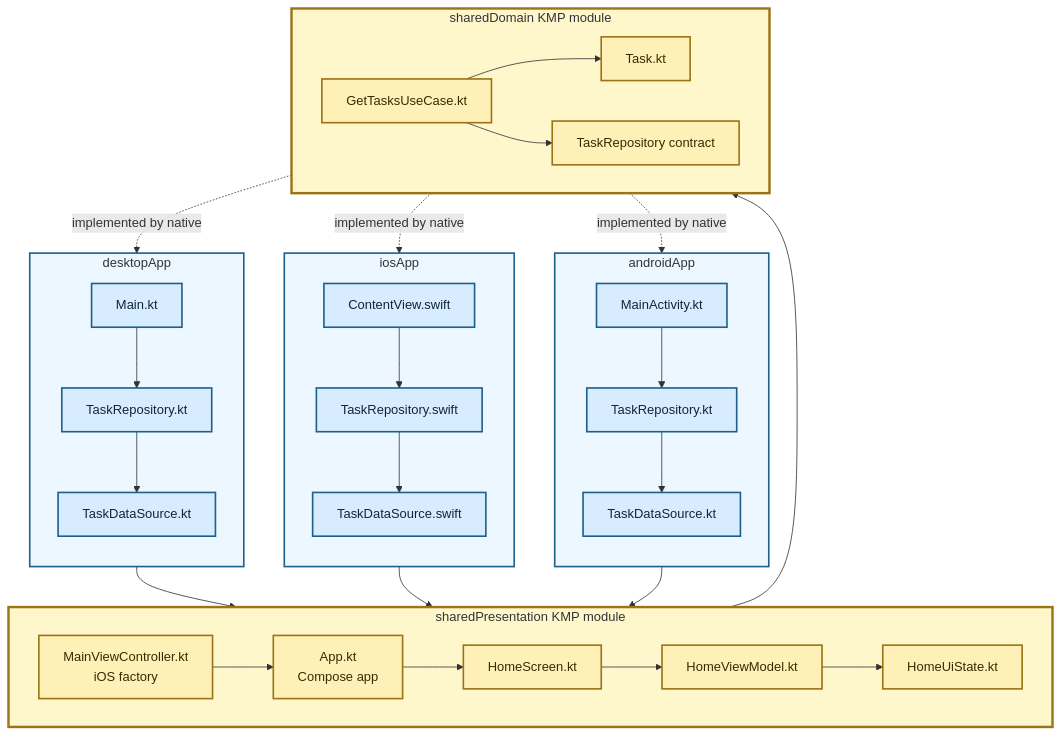
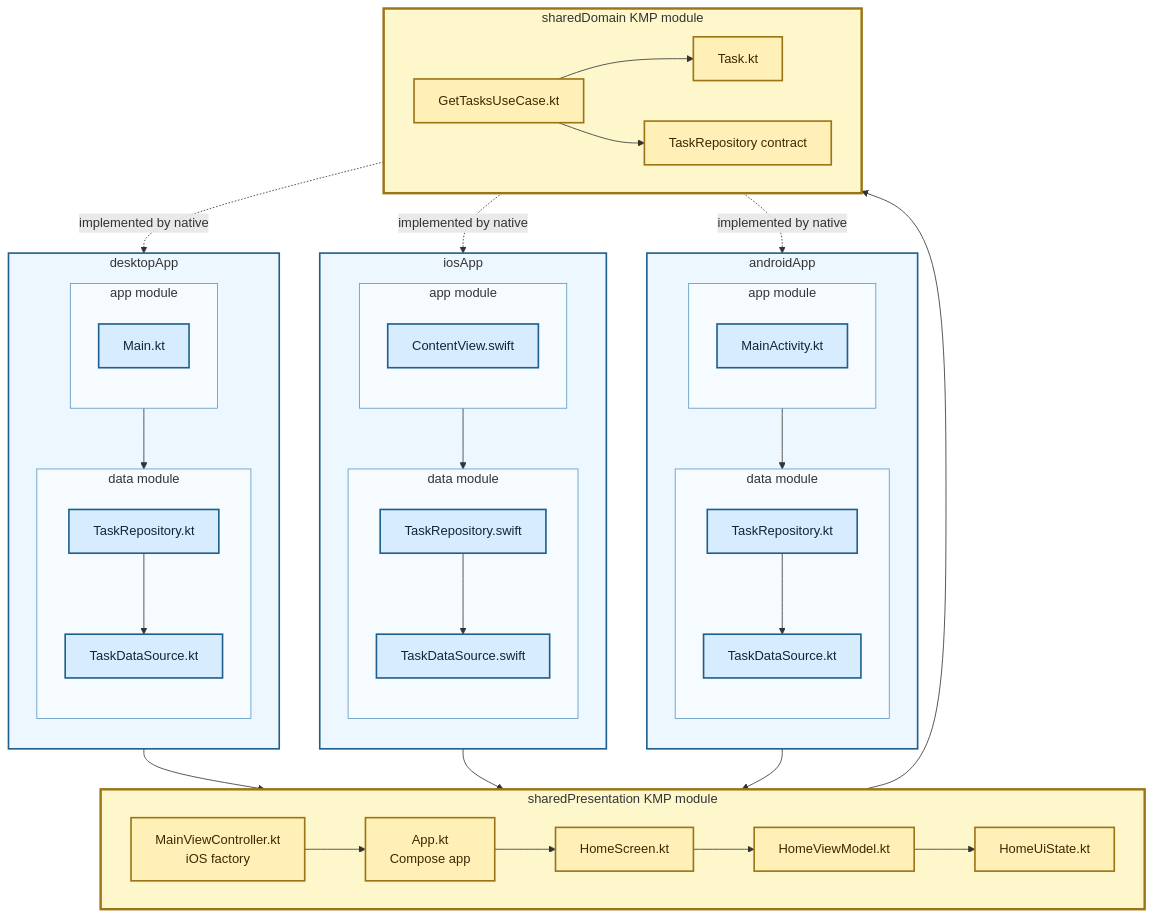
The diagram in diagrams/19-three-layer-kmp-domain-presentation.md (TheSetox/kmp-sample-diagrams), drawn with Mermaid before and after one commit. The commit also changed 3 other files, not shown here.

Commit message:
docs: indicate platform modules in three-layer diagrams

````diff
--- a/diagrams/19-three-layer-kmp-domain-presentation.md
+++ b/diagrams/19-three-layer-kmp-domain-presentation.md
@@ -6,29 +6,47 @@
 flowchart TB
   subgraph Android["androidApp"]
     direction TB
-    AEntry["MainActivity.kt"]
-    ARepository["TaskRepository.kt"]
-    ADataSource["TaskDataSource.kt"]
+    subgraph AApp["app module"]
+      direction TB
+      AEntry["MainActivity.kt"]
+    end
+    subgraph AData["data module"]
+      direction TB
+      ARepository["TaskRepository.kt"]
+      ADataSource["TaskDataSource.kt"]
+      ARepository --> ADataSource
+    end
     AEntry --> ARepository
-    ARepository --> ADataSource
   end
 
   subgraph IOS["iosApp"]
     direction TB
-    IEntry["ContentView.swift"]
-    IRepository["TaskRepository.swift"]
-    IDataSource["TaskDataSource.swift"]
+    subgraph IApp["app module"]
+      direction TB
+      IEntry["ContentView.swift"]
+    end
+    subgraph IData["data module"]
+      direction TB
+      IRepository["TaskRepository.swift"]
+      IDataSource["TaskDataSource.swift"]
+      IRepository --> IDataSource
+    end
     IEntry --> IRepository
-    IRepository --> IDataSource
   end
 
   subgraph Desktop["desktopApp"]
     direction TB
-    DEntry["Main.kt"]
-    DRepository["TaskRepository.kt"]
-    DDataSource["TaskDataSource.kt"]
+    subgraph DApp["app module"]
+      direction TB
+      DEntry["Main.kt"]
+    end
+    subgraph DData["data module"]
+      direction TB
+      DRepository["TaskRepository.kt"]
+      DDataSource["TaskDataSource.kt"]
+      DRepository --> DDataSource
+    end
     DEntry --> DRepository
-    DRepository --> DDataSource
   end
 
   subgraph Presentation["sharedPresentation KMP module"]
@@ -66,6 +84,12 @@
   style Android fill:#edf7ff,stroke:#1f5f8b,stroke-width:2px
   style IOS fill:#edf7ff,stroke:#1f5f8b,stroke-width:2px
   style Desktop fill:#edf7ff,stroke:#1f5f8b,stroke-width:2px
+  style AApp fill:#f6fbff,stroke:#5f97bd,stroke-width:1px
+  style AData fill:#f6fbff,stroke:#5f97bd,stroke-width:1px
+  style IApp fill:#f6fbff,stroke:#5f97bd,stroke-width:1px
+  style IData fill:#f6fbff,stroke:#5f97bd,stroke-width:1px
+  style DApp fill:#f6fbff,stroke:#5f97bd,stroke-width:1px
+  style DData fill:#f6fbff,stroke:#5f97bd,stroke-width:1px
   style Presentation fill:#fff7cc,stroke:#9b7415,stroke-width:3px
   style Domain fill:#fff7cc,stroke:#9b7415,stroke-width:3px
 ```
````
